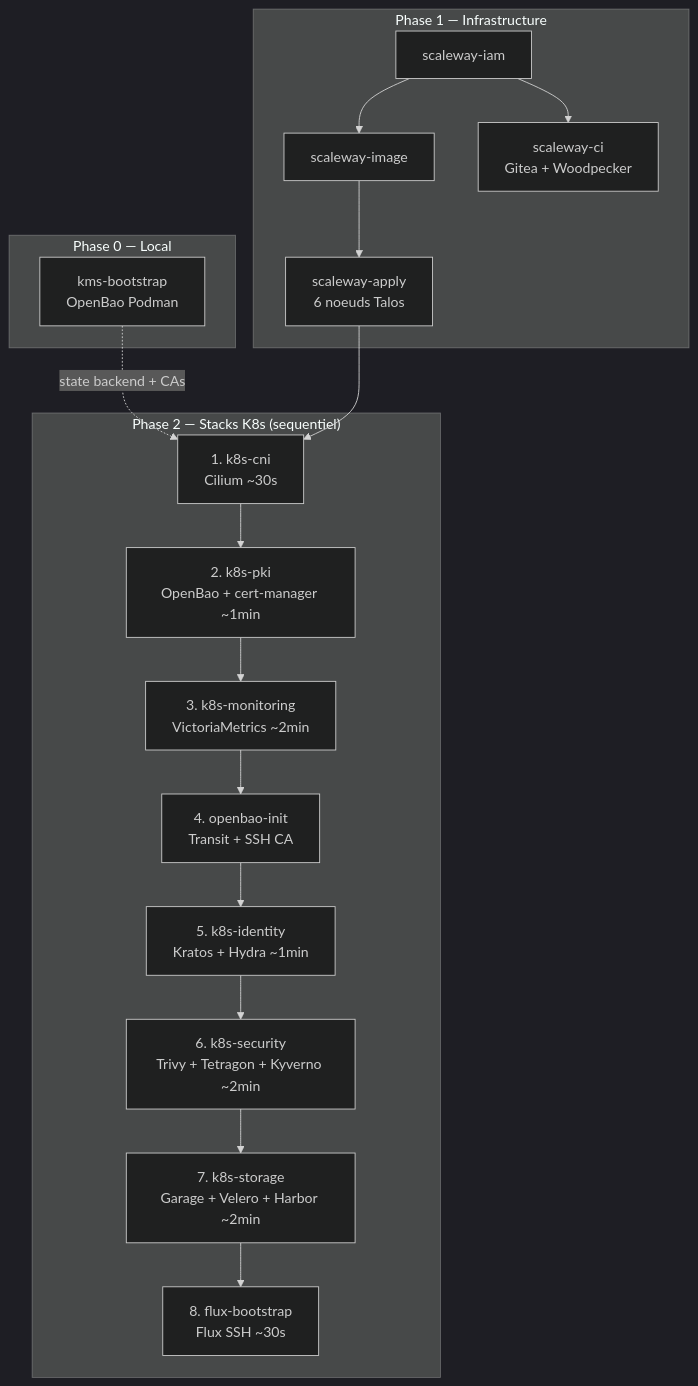
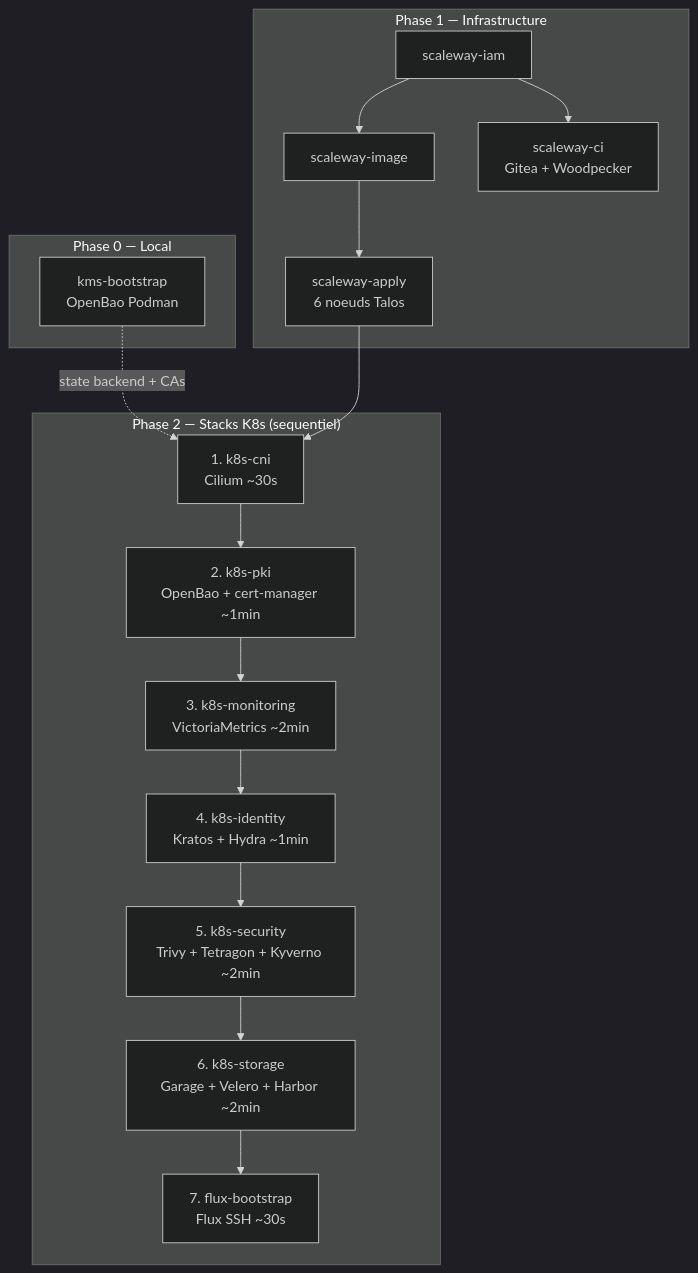
Before and after one commit to Destynova2/st4ck: the second of 8 diagrams in docs/explanation/architecture.md, drawn with Mermaid (dark theme). The commit also changed other lines of this file and 17 other files, not shown here.

````diff
--- a/docs/explanation/architecture.md
+++ b/docs/explanation/architecture.md
@@ -24,28 +24,27 @@
 ```mermaid
 graph TB
     subgraph "Phase 0 — Local"
         KMS[kms-bootstrap<br/>OpenBao Podman]
     end
 
     subgraph "Phase 1 — Infrastructure"
         IAM[scaleway-iam] --> IMG[scaleway-image]
         IAM --> CI_VM[scaleway-ci<br/>Gitea + Woodpecker]
         IMG --> CLUSTER[scaleway-apply<br/>6 noeuds Talos]
     end
 
     subgraph "Phase 2 — Stacks K8s (sequentiel)"
         CNI[1. k8s-cni<br/>Cilium ~30s]
         PKI[2. k8s-pki<br/>OpenBao + cert-manager ~1min]
         MON[3. k8s-monitoring<br/>VictoriaMetrics ~2min]
-        INIT[4. openbao-init<br/>Transit + SSH CA]
-        IDN[5. k8s-identity<br/>Kratos + Hydra ~1min]
-        SEC[6. k8s-security<br/>Trivy + Tetragon + Kyverno ~2min]
-        STO[7. k8s-storage<br/>Garage + Velero + Harbor ~2min]
-        FLUXB[8. flux-bootstrap<br/>Flux SSH ~30s]
+        IDN[4. k8s-identity<br/>Kratos + Hydra ~1min]
+        SEC[5. k8s-security<br/>Trivy + Tetragon + Kyverno ~2min]
+        STO[6. k8s-storage<br/>Garage + Velero + Harbor ~2min]
+        FLUXB[7. flux-bootstrap<br/>Flux SSH ~30s]
 
-        CNI --> PKI --> MON --> INIT --> IDN --> SEC --> STO --> FLUXB
+        CNI --> PKI --> MON --> IDN --> SEC --> STO --> FLUXB
     end
 
     KMS -.->|state backend + CAs| CNI
     CLUSTER --> CNI
 ```
````
